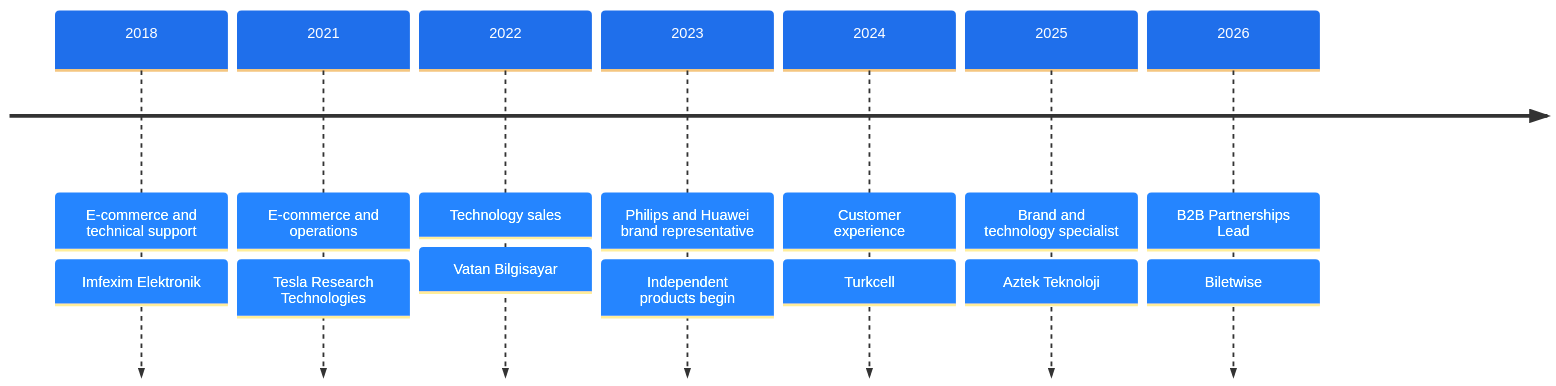
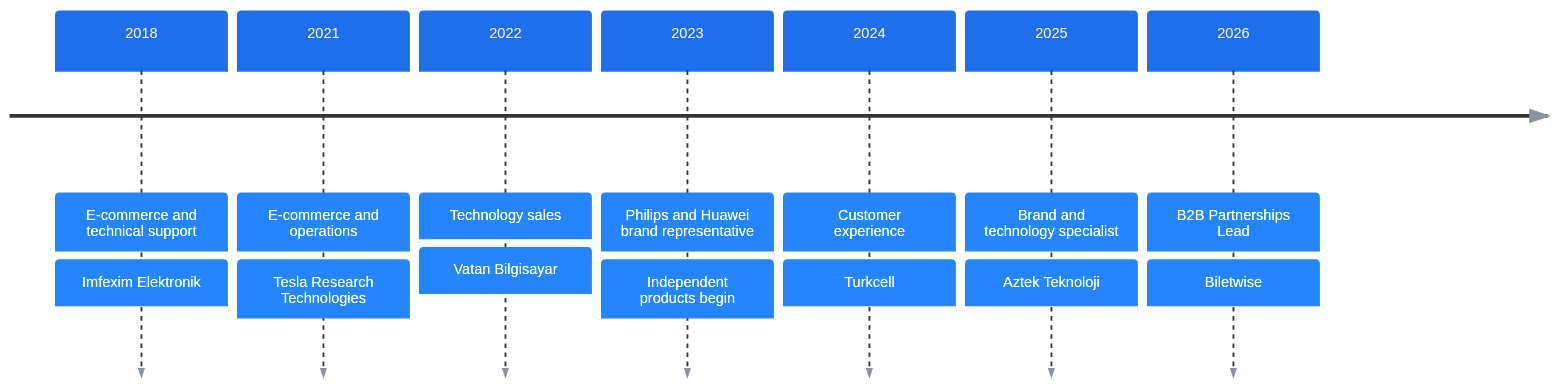
Before and after one commit to kerem-alkan/kerem-alkan: the diagram in README.md, drawn with Mermaid.

Commit message:
README: zaman cizelgesi ekseni iki temada da okunur
Claude-Session: https://claude.ai/code/session_01BfB5YgRAvDxqNd5zAYnCp7

````diff
--- a/README.md
+++ b/README.md
@@ -100,40 +100,49 @@
 ```mermaid
 ---
 config:
   theme: base
   themeVariables:
     fontFamily: "-apple-system, BlinkMacSystemFont, Segoe UI, Helvetica, Arial, sans-serif"
     lineColor: "#8b949e"
+    textColor: "#8b949e"
     cScale0: "#1f6feb"
     cScale1: "#1f6feb"
     cScale2: "#1f6feb"
     cScale3: "#1f6feb"
     cScale4: "#1f6feb"
     cScale5: "#1f6feb"
     cScale6: "#1f6feb"
     cScale7: "#1f6feb"
     cScaleLabel0: "#ffffff"
     cScaleLabel1: "#ffffff"
     cScaleLabel2: "#ffffff"
     cScaleLabel3: "#ffffff"
     cScaleLabel4: "#ffffff"
     cScaleLabel5: "#ffffff"
     cScaleLabel6: "#ffffff"
     cScaleLabel7: "#ffffff"
+    cScaleInv0: "#1f6feb"
+    cScaleInv1: "#1f6feb"
+    cScaleInv2: "#1f6feb"
+    cScaleInv3: "#1f6feb"
+    cScaleInv4: "#1f6feb"
+    cScaleInv5: "#1f6feb"
+    cScaleInv6: "#1f6feb"
+    cScaleInv7: "#1f6feb"
 ---
 timeline
     2018 : E-commerce and technical support
          : Imfexim Elektronik
     2021 : E-commerce and operations
          : Tesla Research Technologies
     2022 : Technology sales
          : Vatan Bilgisayar
     2023 : Philips and Huawei brand representative
          : Independent products begin
     2024 : Customer experience
          : Turkcell
     2025 : Brand and technology specialist
          : Aztek Teknoloji
     2026 : B2B Partnerships Lead
          : Biletwise
 ```
````
